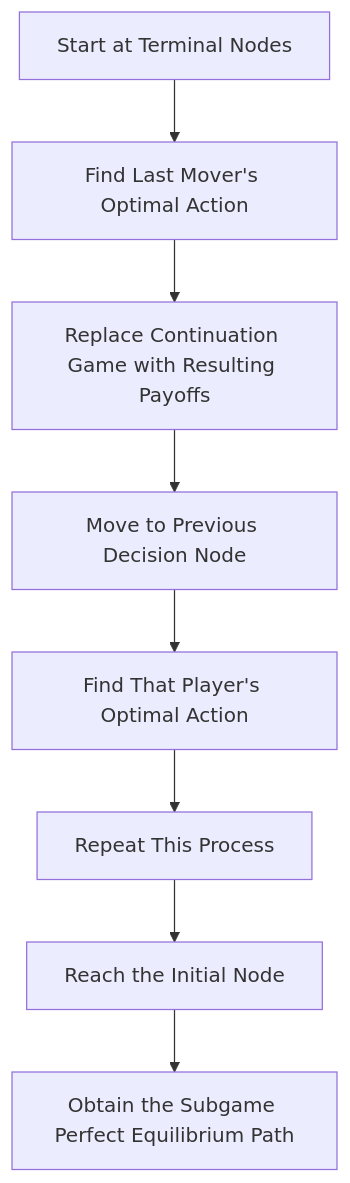
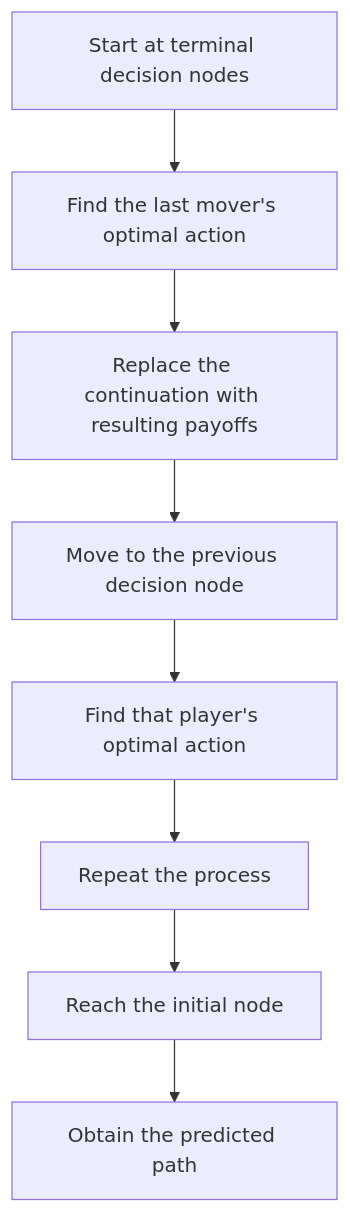
Before and after one commit to Sorenqwer/my-notes-site: the second of 10 diagrams in foundations/dynamic-reasoning.qmd, drawn with Mermaid. The commit also changed other lines of this file and 61 other files, not shown here.

````diff
--- a/foundations/dynamic-reasoning.qmd
+++ b/foundations/dynamic-reasoning.qmd
@@ -19,10 +93,10 @@
 ```{mermaid}
 flowchart TD
-    A[Start at Terminal Nodes] --> B[Find Last Mover's Optimal Action]
-    B --> C[Replace Continuation Game with Resulting Payoffs]
-    C --> D[Move to Previous Decision Node]
-    D --> E[Find That Player's Optimal Action]
-    E --> F[Repeat This Process]
-    F --> G[Reach the Initial Node]
-    G --> H[Obtain the Subgame Perfect Equilibrium Path]
+    A[Start at terminal decision nodes] --> B[Find the last mover's optimal action]
+    B --> C[Replace the continuation with resulting payoffs]
+    C --> D[Move to the previous decision node]
+    D --> E[Find that player's optimal action]
+    E --> F[Repeat the process]
+    F --> G[Reach the initial node]
+    G --> H[Obtain the predicted path]
 ```
````
